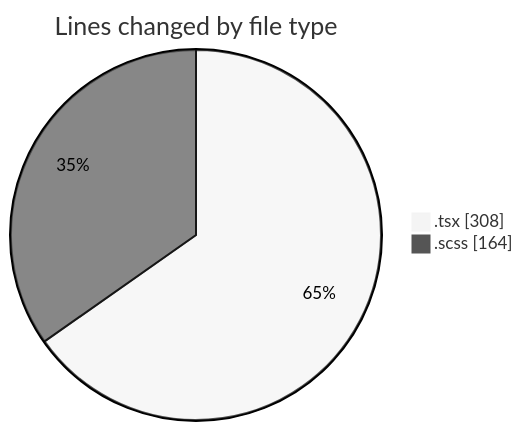
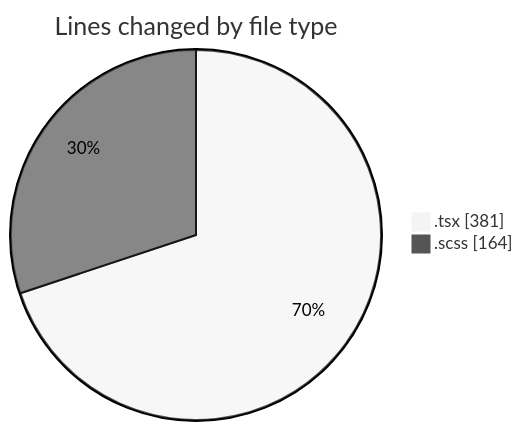
Before and after one commit to momahboobian/code-tracking: the first of 2 diagrams in 2025-09-16/cda/README.md, drawn with Mermaid (neutral theme). The commit also changed other lines of this file and 1 other file, not shown here.

````diff
--- a/2025-09-16/cda/README.md
+++ b/2025-09-16/cda/README.md
@@ -22,6 +22,6 @@
 ```mermaid
 pie showData
 title Lines changed by file type
-".tsx" : 308
+".tsx" : 381
 ".scss" : 164
 ```
````
